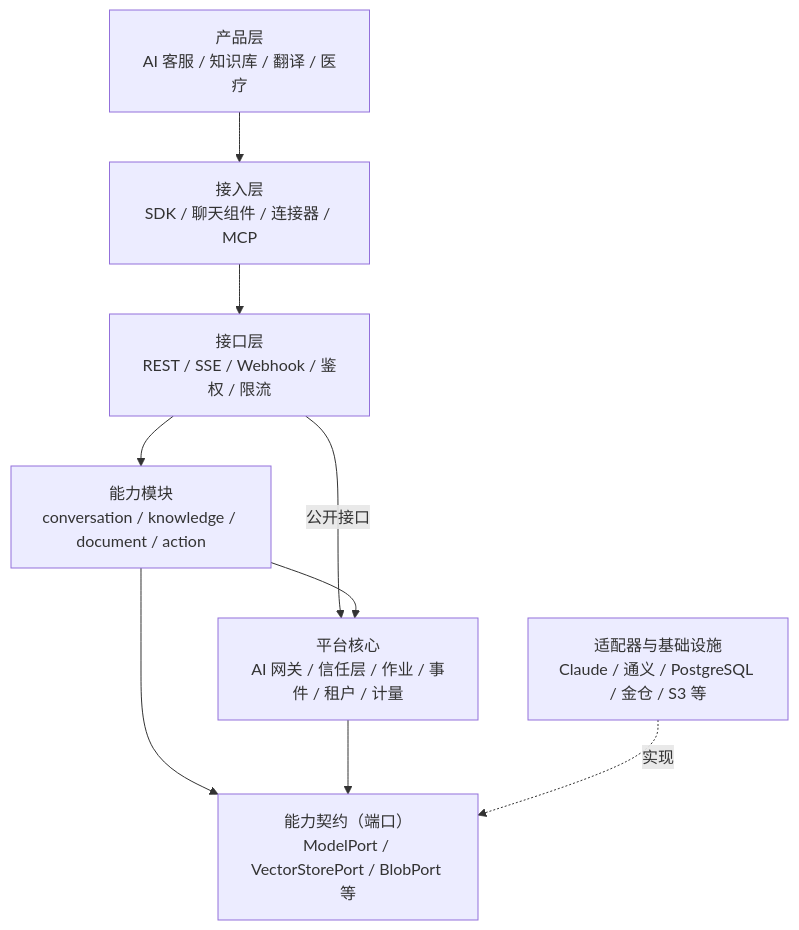
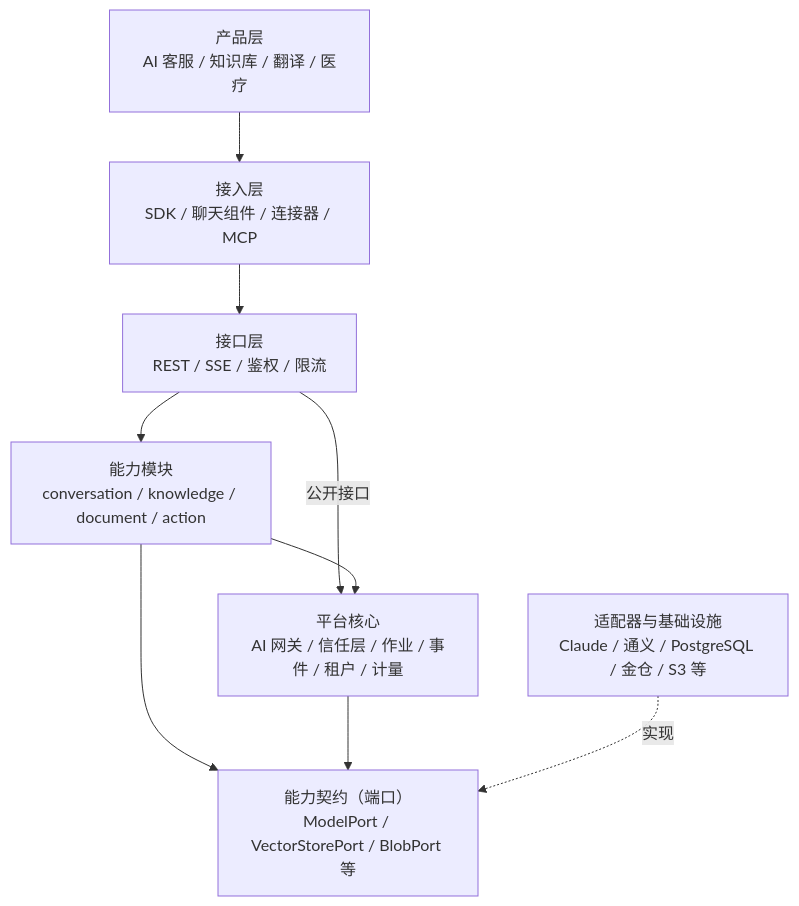
The second of 9 diagrams in docs/ai-engine-architecture-blueprint.md (brix-kit-dev/intergent), drawn with Mermaid before and after one commit. The commit also changed other lines of this file, not shown here.

````diff
--- a/docs/ai-engine-architecture-blueprint.md
+++ b/docs/ai-engine-architecture-blueprint.md
@@ -171,18 +171,18 @@
 ```mermaid
 flowchart TD
     L6["产品层<br/>AI 客服 / 知识库 / 翻译 / 医疗"]
     L5["接入层<br/>SDK / 聊天组件 / 连接器 / MCP"]
-    L4["接口层<br/>REST / SSE / Webhook / 鉴权 / 限流"]
+    L4["接口层<br/>REST / SSE / 鉴权 / 限流"]
     L3["能力模块<br/>conversation / knowledge / document / action"]
     L2["平台核心<br/>AI 网关 / 信任层 / 作业 / 事件 / 租户 / 计量"]
     L1["能力契约（端口）<br/>ModelPort / VectorStorePort / BlobPort 等"]
     L0["适配器与基础设施<br/>Claude / 通义 / PostgreSQL / 金仓 / S3 等"]
     L6 --> L5
     L5 --> L4
     L4 --> L3
     L4 -->|"公开接口"| L2
     L3 --> L2
     L3 --> L1
     L2 --> L1
     L0 -.->|"实现"| L1
 ```
````
